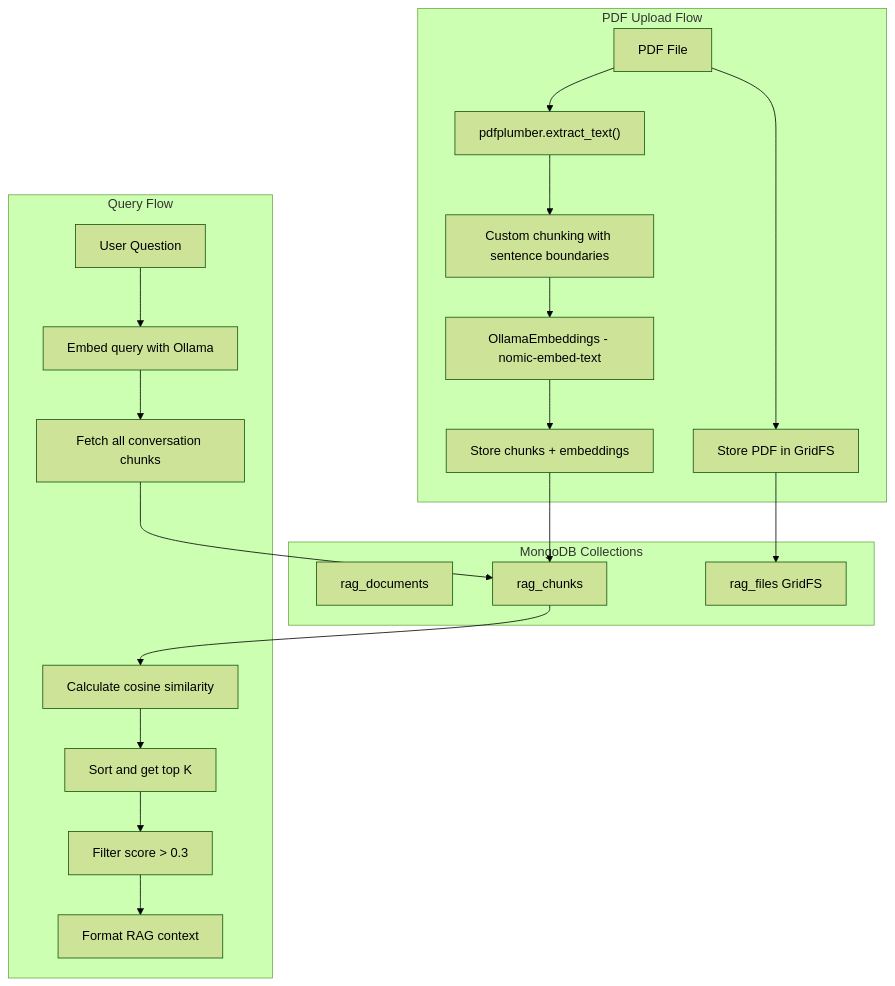
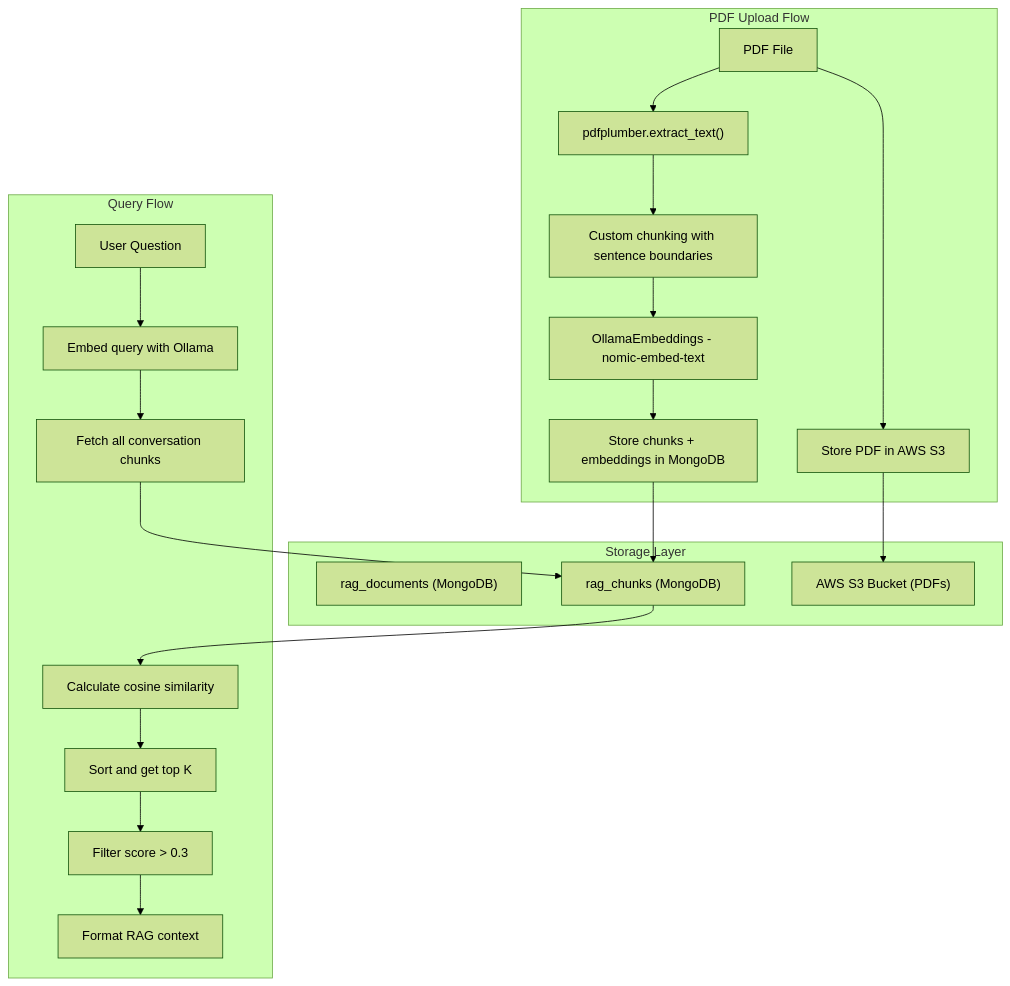
The sixth of 11 diagrams in README.md (Aafimalek/t3_chat), drawn with Mermaid (forest theme) before and after one commit. The commit also changed other lines of this file and 3 other files, not shown here.

Commit message:
remove S3 and CI/CD setup guides; update README with deployment architecture and CI/CD pipeline details

````diff
--- a/README.md
+++ b/README.md
@@ -413,43 +485,43 @@
 ```mermaid
 flowchart TB
     subgraph Upload["PDF Upload Flow"]
         PDF["PDF File"]
         Extract["pdfplumber.extract_text()"]
         Chunk["Custom chunking with sentence boundaries"]
         Embed["OllamaEmbeddings - nomic-embed-text"]
-        StoreChunks["Store chunks + embeddings"]
-        StoreFile["Store PDF in GridFS"]
+        StoreChunks["Store chunks + embeddings in MongoDB"]
+        StoreFile["Store PDF in AWS S3"]
     end
 
     subgraph Query["Query Flow"]
         UserQuery["User Question"]
         QueryEmbed["Embed query with Ollama"]
         FetchChunks["Fetch all conversation chunks"]
         CalcSim["Calculate cosine similarity"]
         TopK["Sort and get top K"]
         Filter["Filter score > 0.3"]
         Format["Format RAG context"]
     end
 
-    subgraph Storage["MongoDB Collections"]
-        RagDocs["rag_documents"]
-        RagChunks["rag_chunks"]
-        RagFiles["rag_files GridFS"]
+    subgraph Storage["Storage Layer"]
+        RagDocs["rag_documents (MongoDB)"]
+        RagChunks["rag_chunks (MongoDB)"]
+        S3Bucket["AWS S3 Bucket (PDFs)"]
     end
 
     PDF --> Extract
     Extract --> Chunk
     Chunk --> Embed
     Embed --> StoreChunks
     PDF --> StoreFile
     StoreChunks --> RagChunks
-    StoreFile --> RagFiles
+    StoreFile --> S3Bucket
 
     UserQuery --> QueryEmbed
     QueryEmbed --> FetchChunks
     FetchChunks --> RagChunks
     RagChunks --> CalcSim
     CalcSim --> TopK
     TopK --> Filter
     Filter --> Format
 ```
````
